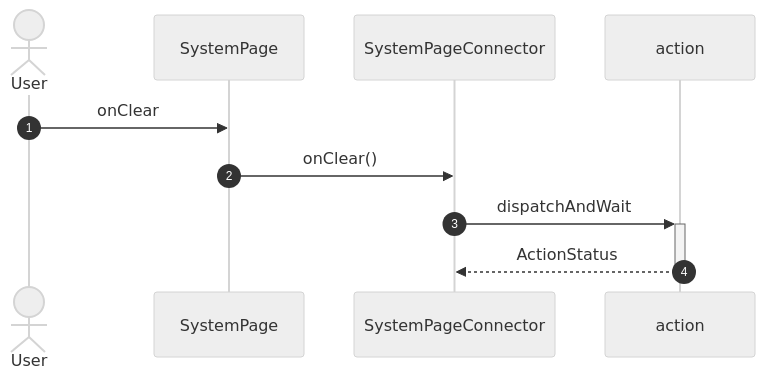
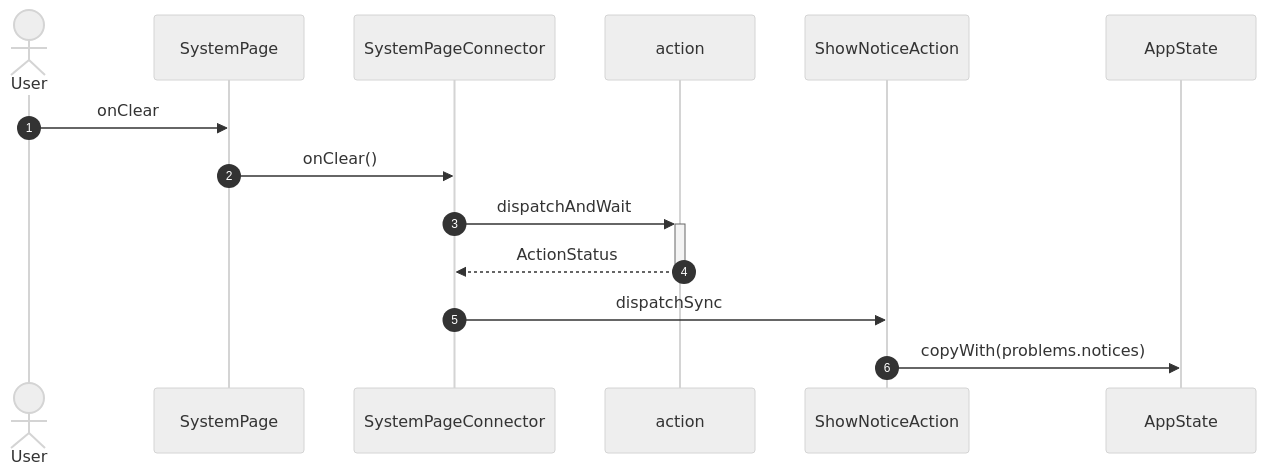
Diagram 15 of 22 in studio/docs/flows/system.md (gencto/wyrm), drawn with Mermaid (neutral theme) before and after one commit. The commit also changed other lines of this file and 192 other files, not shown here.

````diff
--- a/studio/docs/flows/system.md
+++ b/studio/docs/flows/system.md
@@ -300,13 +334,17 @@
 ```mermaid
 sequenceDiagram
     autonumber
     actor User
     participant UI as SystemPage
     participant VM as SystemPageConnector
     participant A1 as action
+    participant A2 as ShowNoticeAction
+    participant ST as AppState
 
     User->>UI: onClear
     UI->>VM: onClear()
     VM->>+A1: dispatchAndWait
     A1-->>-VM: ActionStatus
+    VM->>A2: dispatchSync
+    A2->>ST: copyWith(problems.notices)
 ```
````
